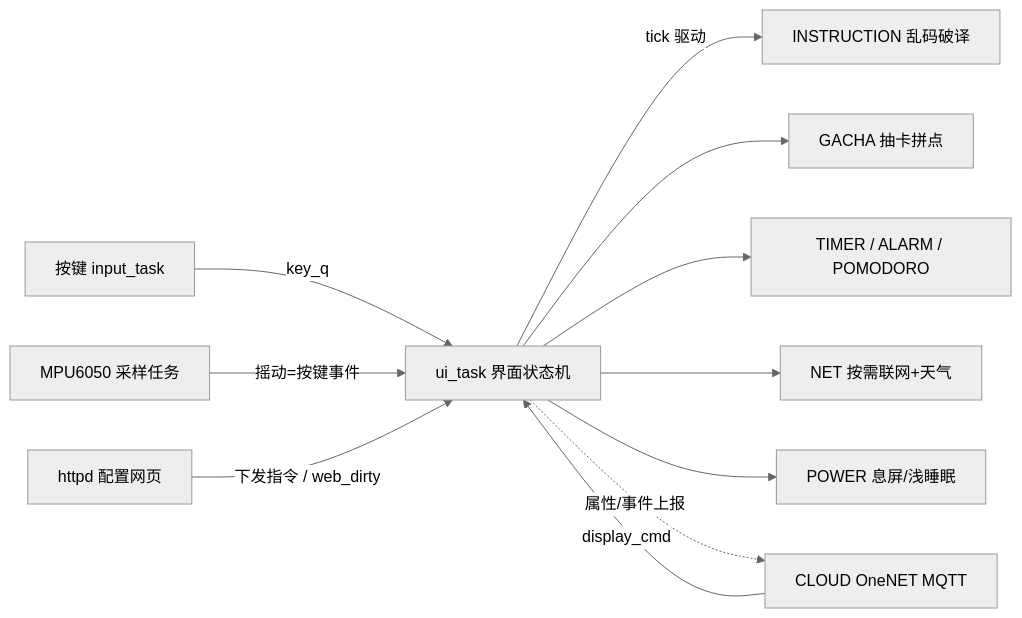
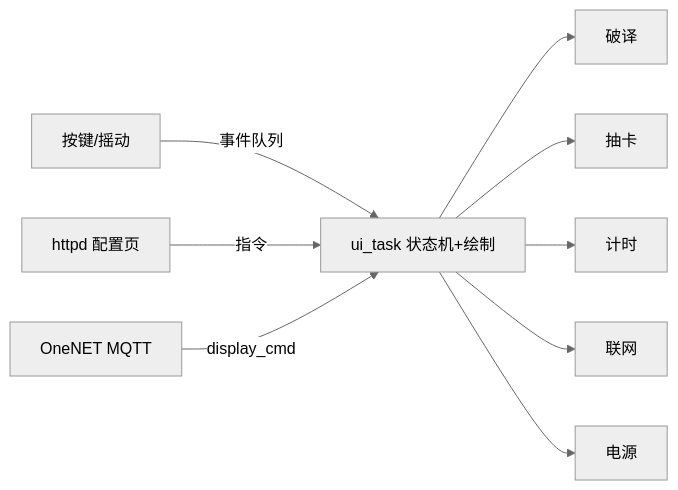
Before and after one commit to zyunran/esp32s3-prescript-beeper: the diagram in README.md, drawn with Mermaid (neutral theme). The commit also changed other lines of this file and 48 other files, not shown here.

````diff
--- a/README.md
+++ b/README.md
@@ -40,13 +32,7 @@
 ```mermaid
 flowchart LR
-    K[按键 input_task] -->|key_q| U[ui_task 界面状态机]
-    M[MPU6050 采样任务] -->|摇动=按键事件| U
-    W[httpd 配置网页] -->|下发指令 / web_dirty| U
-    U -->|tick 驱动| A[INSTRUCTION 乱码破译]
-    U --> G[GACHA 抽卡拼点]
-    U --> T[TIMER / ALARM / POMODORO]
-    U --> N[NET 按需联网+天气]
-    U --> P[POWER 息屏/浅睡眠]
-    C[CLOUD OneNET MQTT] -->|display_cmd| U
-    U -.->|属性/事件上报| C
+    K[按键/摇动] -->|事件队列| U[ui_task 状态机+绘制]
+    W[httpd 配置页] -->|指令| U
+    U --> I[破译] & G[抽卡] & T[计时] & N[联网] & P[电源]
+    C[OneNET MQTT] -->|display_cmd| U
 ```
````
